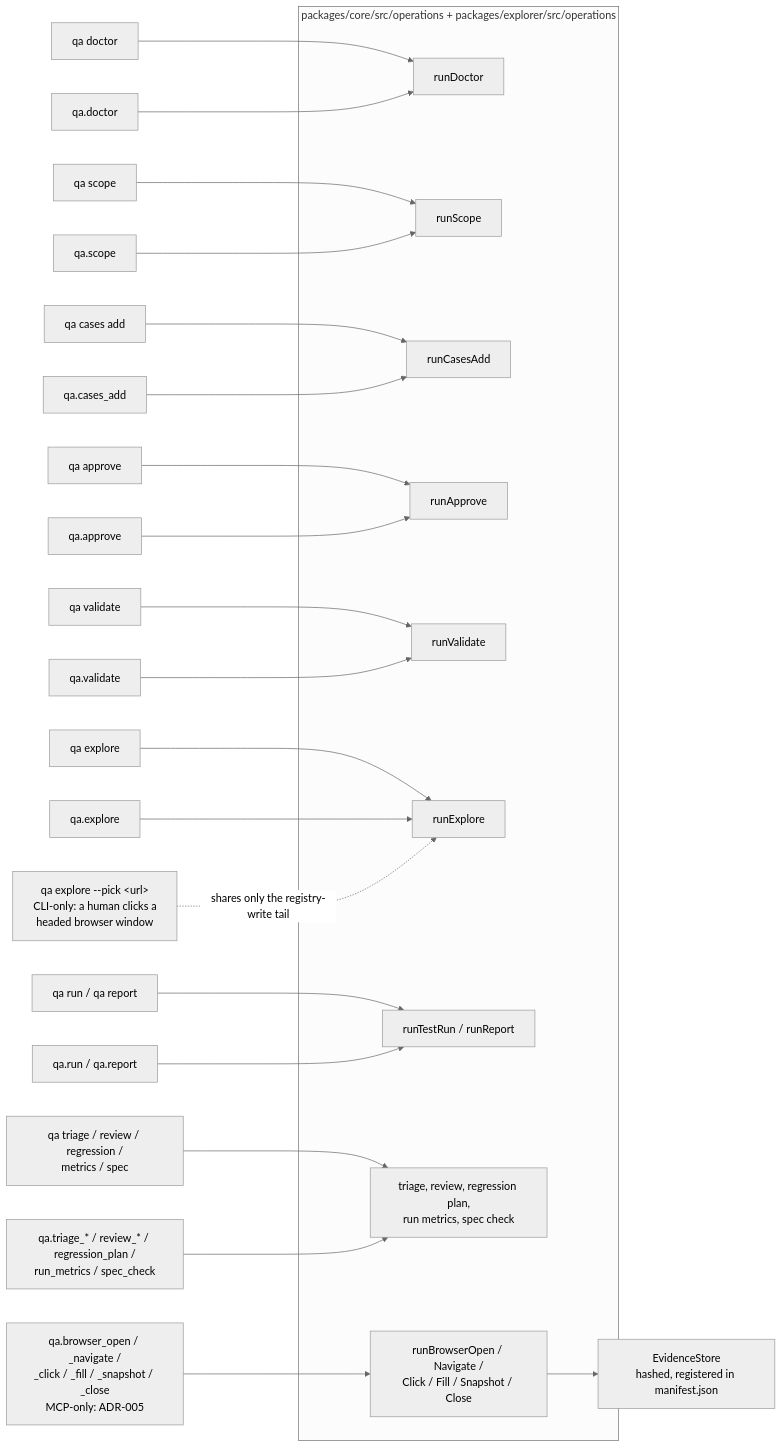
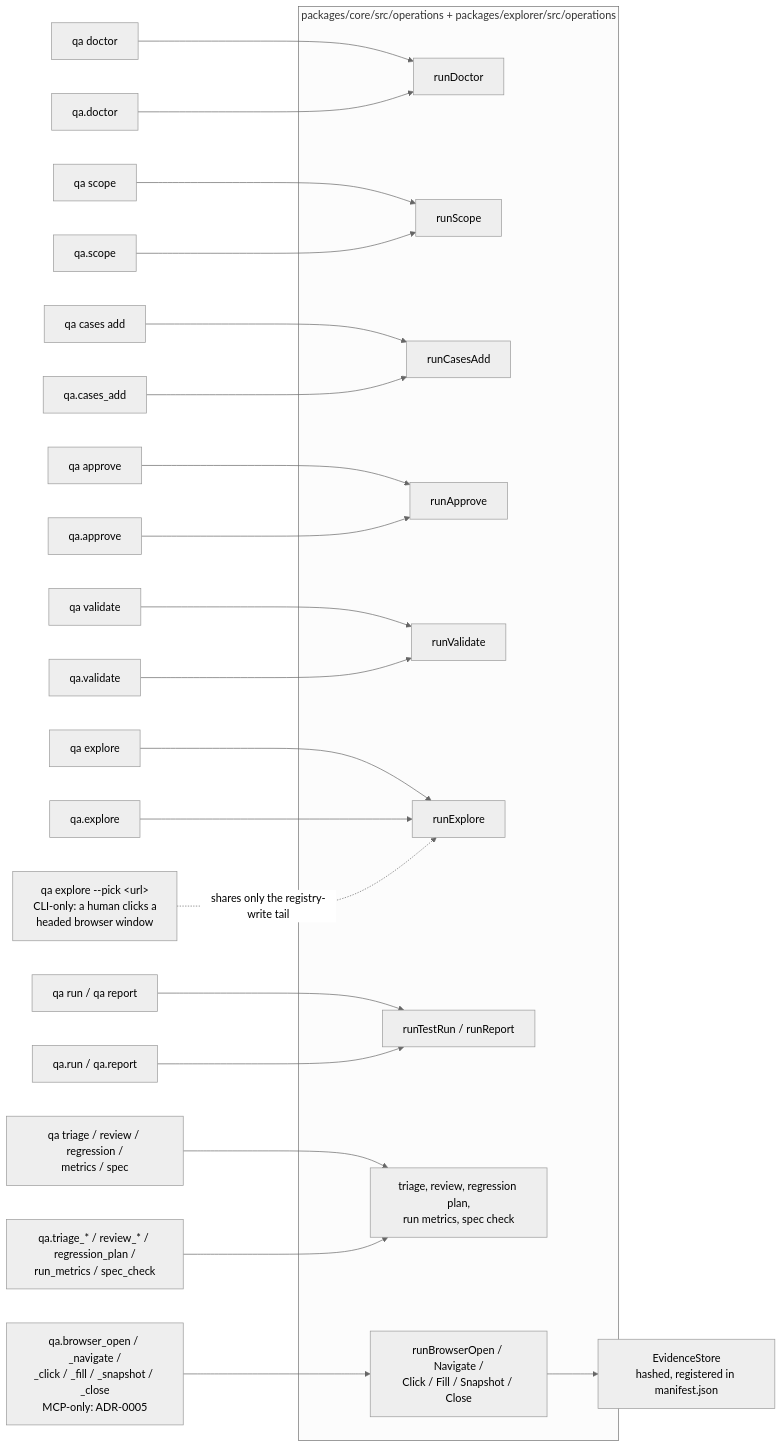
The third of 4 diagrams in docs/public/architecture-diagram.md (Klim-101/QA-AI-STLC), drawn with Mermaid (neutral theme) before and after one commit. The commit also changed other lines of this file and 24 other files, not shown here.

````diff
--- a/docs/public/architecture-diagram.md
+++ b/docs/public/architecture-diagram.md
@@ -91,36 +91,36 @@
 ```mermaid
 flowchart LR
     subgraph Operations["packages/core/src/operations + packages/explorer/src/operations"]
         doctor["runDoctor"]
         scope["runScope"]
         cases["runCasesAdd"]
         approve["runApprove"]
         validate["runValidate"]
         explore["runExplore"]
         run["runTestRun / runReport"]
         spokes["triage, review, regression plan,<br/>run metrics, spec check"]
         browser["runBrowserOpen / Navigate /<br/>Click / Fill / Snapshot / Close"]
     end
 
     cliDoctor["qa doctor"] --> doctor
     mcpDoctor["qa.doctor"] --> doctor
     cliScope["qa scope"] --> scope
     mcpScope["qa.scope"] --> scope
     cliCases["qa cases add"] --> cases
     mcpCases["qa.cases_add"] --> cases
     cliApprove["qa approve"] --> approve
     mcpApprove["qa.approve"] --> approve
     cliValidate["qa validate"] --> validate
     mcpValidate["qa.validate"] --> validate
     cliExplore["qa explore"] --> explore
     mcpExplore["qa.explore"] --> explore
     cliRun["qa run / qa report"] --> run
     mcpRun["qa.run / qa.report"] --> run
     cliSpokes["qa triage / review / regression /<br/>metrics / spec"] --> spokes
     mcpSpokes["qa.triage_* / review_* / regression_plan /<br/>run_metrics / spec_check"] --> spokes
 
     pick["qa explore --pick &lt;url&gt;<br/>CLI-only: a human clicks a<br/>headed browser window"] -. "shares only the registry-write tail" .-> explore
 
-    mcpBrowser["qa.browser_open / _navigate /<br/>_click / _fill / _snapshot / _close<br/>MCP-only: ADR-005"] --> browser
+    mcpBrowser["qa.browser_open / _navigate /<br/>_click / _fill / _snapshot / _close<br/>MCP-only: ADR-0005"] --> browser
     browser --> evidence["EvidenceStore<br/>hashed, registered in manifest.json"]
 ```
````
